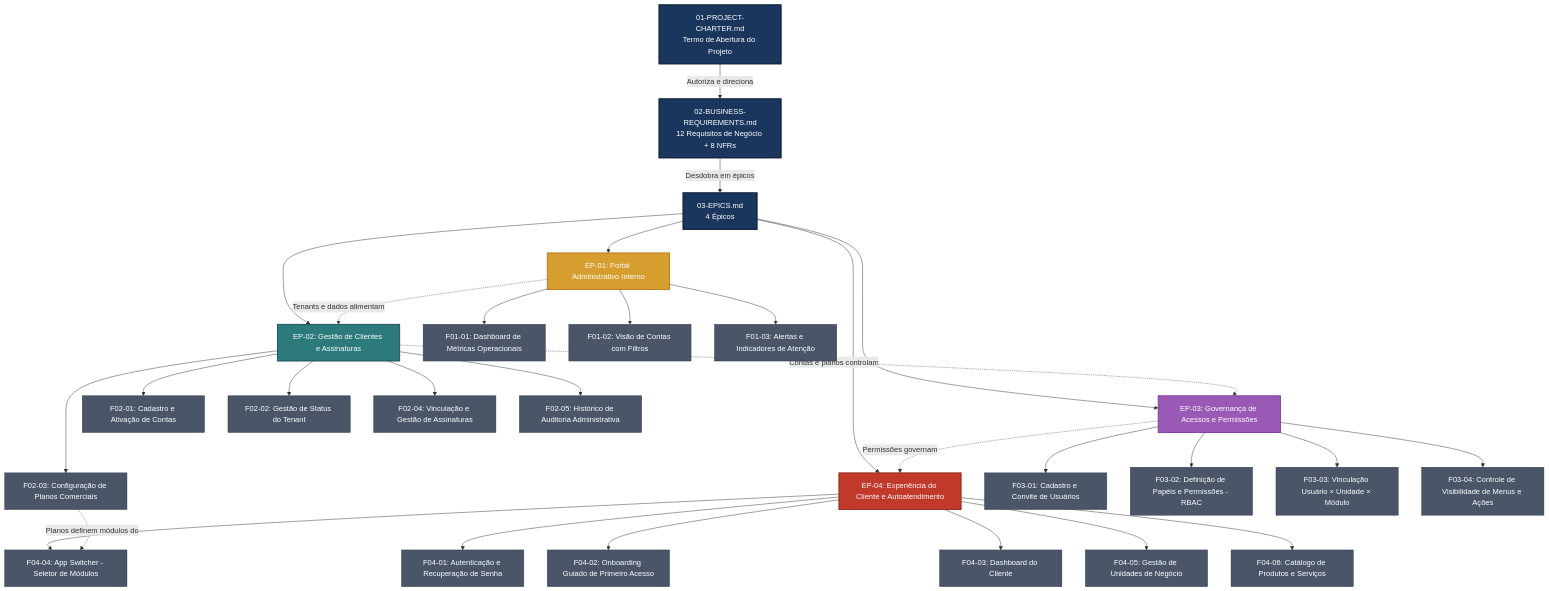
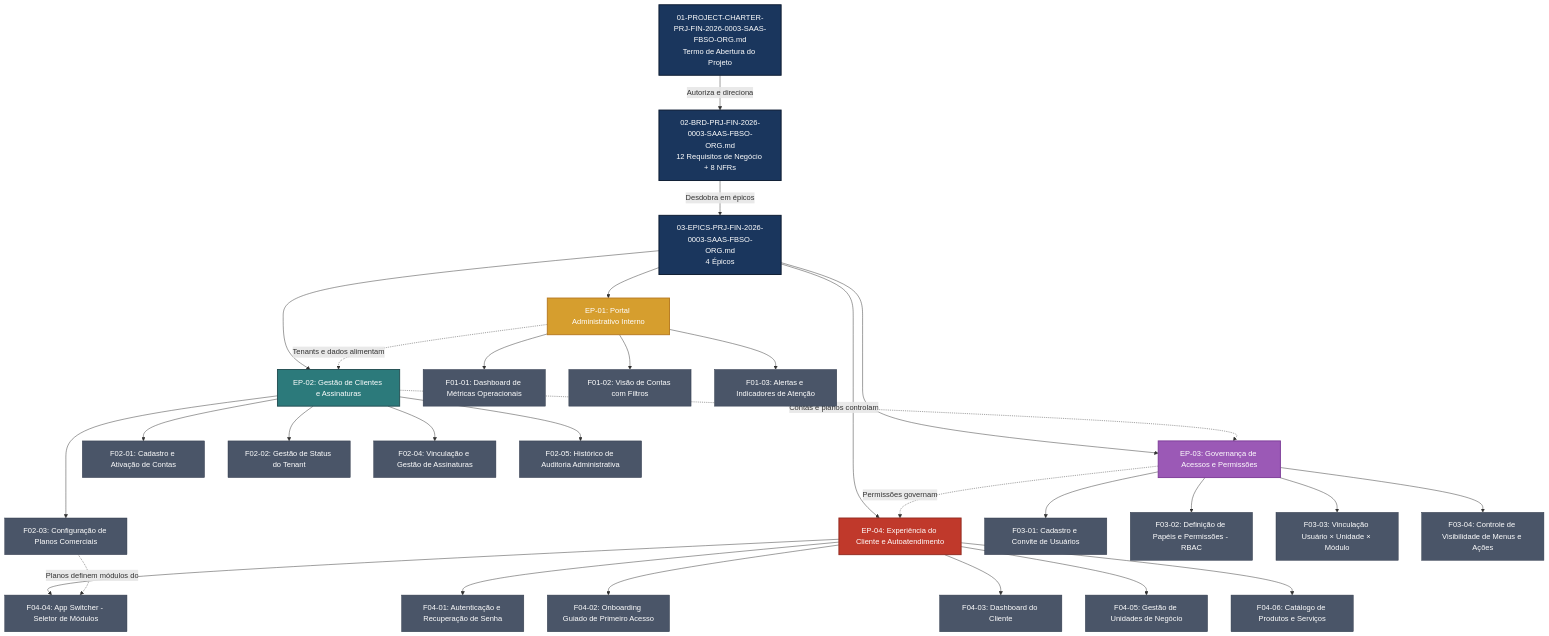
Before and after one commit to bolismar69/workspace-fbso: the diagram in business-inputs/business-projects/PRJ-FIN-2026-0003-SAAS-FBSO-ORG/README.md, drawn with Mermaid. The commit also changed other lines of this file and 136 other files, not shown here.

Commit message:
(PRJ-FIN-2026-0003) - atualizando documentacao do projeto

````diff
--- a/business-inputs/business-projects/PRJ-FIN-2026-0003-SAAS-FBSO-ORG/README.md
+++ b/business-inputs/business-projects/PRJ-FIN-2026-0003-SAAS-FBSO-ORG/README.md
@@ -24,79 +24,79 @@
 ```mermaid
 flowchart TD
     %% Estilo Global
     classDef corporativo fill:#1A365D,stroke:#0A192F,stroke-width:2px,color:#FFF;
     classDef entrega1 fill:#D69E2E,stroke:#B7791F,stroke-width:2px,color:#FFF;
     classDef entrega2 fill:#2C7A7B,stroke:#234E52,stroke-width:2px,color:#FFF;
     classDef entrega3 fill:#9B59B6,stroke:#7D3C98,stroke-width:2px,color:#FFF;
     classDef entrega4 fill:#C0392B,stroke:#922B21,stroke-width:2px,color:#FFF;
     classDef features fill:#4A5568,stroke:#2D3748,stroke-width:1px,color:#FFF;
 
     %% Nós Principais
-    PC[01-PROJECT-CHARTER.md<br>Termo de Abertura do Projeto]:::corporativo
-    REQ[02-BUSINESS-REQUIREMENTS.md<br>12 Requisitos de Negócio + 8 NFRs]:::corporativo
-    EPICS[03-EPICS.md<br>4 Épicos]:::corporativo
+    PC[01-PROJECT-CHARTER-PRJ-FIN-2026-0003-SAAS-FBSO-ORG.md<br>Termo de Abertura do Projeto]:::corporativo
+    REQ[02-BRD-PRJ-FIN-2026-0003-SAAS-FBSO-ORG.md<br>12 Requisitos de Negócio + 8 NFRs]:::corporativo
+    EPICS[03-EPICS-PRJ-FIN-2026-0003-SAAS-FBSO-ORG.md<br>4 Épicos]:::corporativo
 
     %% Épicos
     E1[EP-01: Portal Administrativo Interno]:::entrega1
     E2[EP-02: Gestão de Clientes e Assinaturas]:::entrega2
     E3[EP-03: Governança de Acessos e Permissões]:::entrega3
     E4[EP-04: Experiência do Cliente e Autoatendimento]:::entrega4
 
     %% Features do EP-01
     F1_1[F01-01: Dashboard de Métricas Operacionais]:::features
     F1_2[F01-02: Visão de Contas com Filtros]:::features
     F1_3[F01-03: Alertas e Indicadores de Atenção]:::features
 
     %% Features do EP-02
     F2_1[F02-01: Cadastro e Ativação de Contas]:::features
     F2_2[F02-02: Gestão de Status do Tenant]:::features
     F2_3[F02-03: Configuração de Planos Comerciais]:::features
     F2_4[F02-04: Vinculação e Gestão de Assinaturas]:::features
     F2_5[F02-05: Histórico de Auditoria Administrativa]:::features
 
     %% Features do EP-03
     F3_1[F03-01: Cadastro e Convite de Usuários]:::features
     F3_2[F03-02: Definição de Papéis e Permissões - RBAC]:::features
     F3_3[F03-03: Vinculação Usuário × Unidade × Módulo]:::features
     F3_4[F03-04: Controle de Visibilidade de Menus e Ações]:::features
 
     %% Features do EP-04
     F4_1[F04-01: Autenticação e Recuperação de Senha]:::features
     F4_2[F04-02: Onboarding Guiado de Primeiro Acesso]:::features
     F4_3[F04-03: Dashboard do Cliente]:::features
     F4_4[F04-04: App Switcher - Seletor de Módulos]:::features
     F4_5[F04-05: Gestão de Unidades de Negócio]:::features
     F4_6[F04-06: Catálogo de Produtos e Serviços]:::features
 
     %% Relacionamentos
     PC --> |Autoriza e direciona| REQ
     REQ --> |Desdobra em épicos| EPICS
     EPICS --> E1
     EPICS --> E2
     EPICS --> E3
     EPICS --> E4
     E1 --> F1_1
     E1 --> F1_2
     E1 --> F1_3
     E2 --> F2_1
     E2 --> F2_2
     E2 --> F2_3
     E2 --> F2_4
     E2 --> F2_5
     E3 --> F3_1
     E3 --> F3_2
     E3 --> F3_3
     E3 --> F3_4
     E4 --> F4_1
     E4 --> F4_2
     E4 --> F4_3
     E4 --> F4_4
     E4 --> F4_5
     E4 --> F4_6
 
     %% Dependências entre Épicos
     E1 -.-> |Tenants e dados alimentam| E2
     E2 -.-> |Contas e planos controlam| E3
     E3 -.-> |Permissões governam| E4
     F2_3 -.-> |Planos definem módulos do| F4_4
 ```
````
